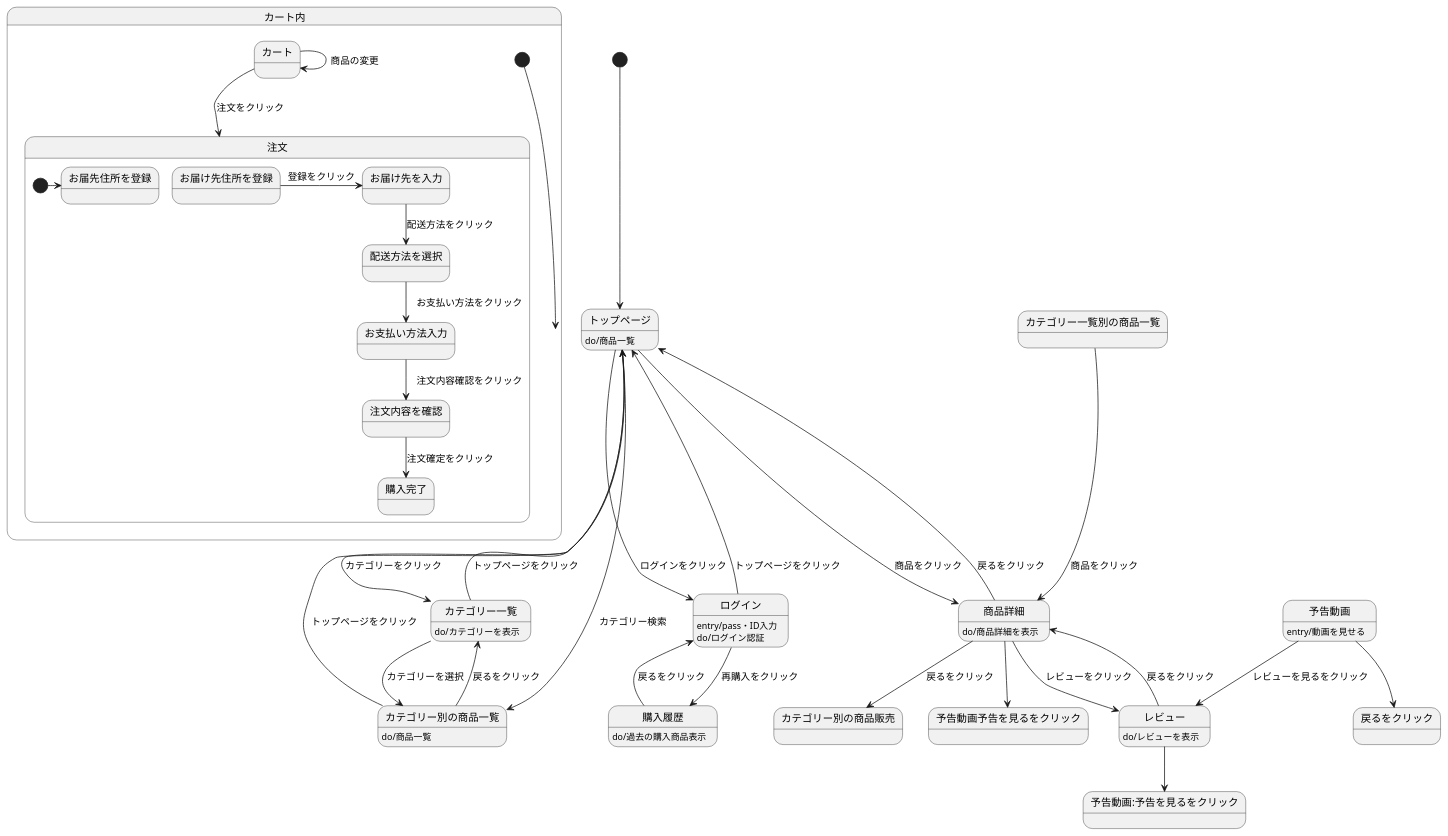
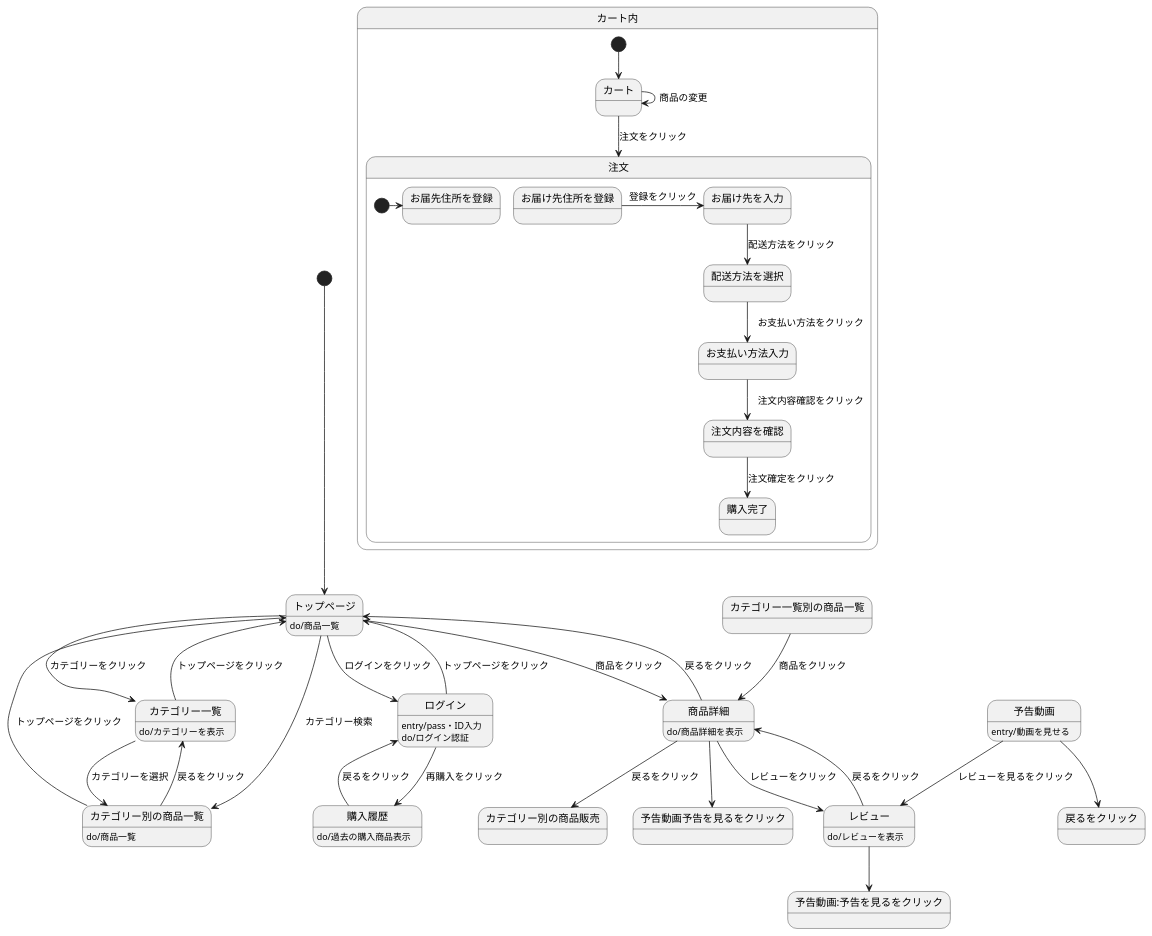
The diagram in orizinaru.md (Aso2001388/2021sys-design), drawn with PlantUML before and after one commit.

````diff
--- a/orizinaru.md
+++ b/orizinaru.md
@@ -1,49 +1,49 @@
 ```uml 
 @startuml
 [*]-->トップページ
 トップページ : do/商品一覧
 トップページ-->ログイン: ログインをクリック
 ログイン-->トップページ: トップページをクリック
 ログイン: entry/pass・ID入力
 ログイン: do/ログイン認証
 ログイン-->購入履歴: 再購入をクリック
 購入履歴-->ログイン: 戻るをクリック
 購入履歴: do/過去の購入商品表示
 トップページ-->カテゴリー一覧: カテゴリーをクリック
 カテゴリー一覧-->トップページ: トップページをクリック
 カテゴリー一覧: do/カテゴリーを表示
 トップページ-->カテゴリー別の商品一覧: カテゴリー検索
 カテゴリー別の商品一覧-->トップページ: トップページをクリック
 カテゴリー別の商品一覧: do/商品一覧
 カテゴリー一覧-->カテゴリー別の商品一覧: カテゴリーを選択
 カテゴリー別の商品一覧-->カテゴリー一覧: 戻るをクリック
 トップページ-->商品詳細: 商品をクリック
 商品詳細-->トップページ: 戻るをクリック
 商品詳細: do/商品詳細を表示
 カテゴリー一覧別の商品一覧-->商品詳細: 商品をクリック
 商品詳細-->カテゴリー別の商品販売: 戻るをクリック
 商品詳細-->レビュー: レビューをクリック
 レビュー-->商品詳細: 戻るをクリック
 レビュー: do/レビューを表示
 商品詳細-->予告動画予告を見るをクリック
 予告動画-->戻るをクリック
 予告動画: entry/動画を見せる
 予告動画-->レビュー: レビューを見るをクリック
 レビュー-->予告動画:予告を見るをクリック
 
 state カート内{
-[*]-->カート内
+[*]-->カート
 カート->カート: 商品の変更
 カート-->注文: 注文をクリック
 state 注文{
  [*]->お届先住所を登録
  お届け先住所を登録->お届け先を入力: 登録をクリック
  お届け先を入力-->配送方法を選択: 配送方法をクリック
  配送方法を選択-->お支払い方法入力:　お支払い方法をクリック
  お支払い方法入力-->注文内容を確認:　注文内容確認をクリック
  注文内容を確認-->購入完了: 注文確定をクリック
 }
 }
 
 @enduml
 ``` 
````
